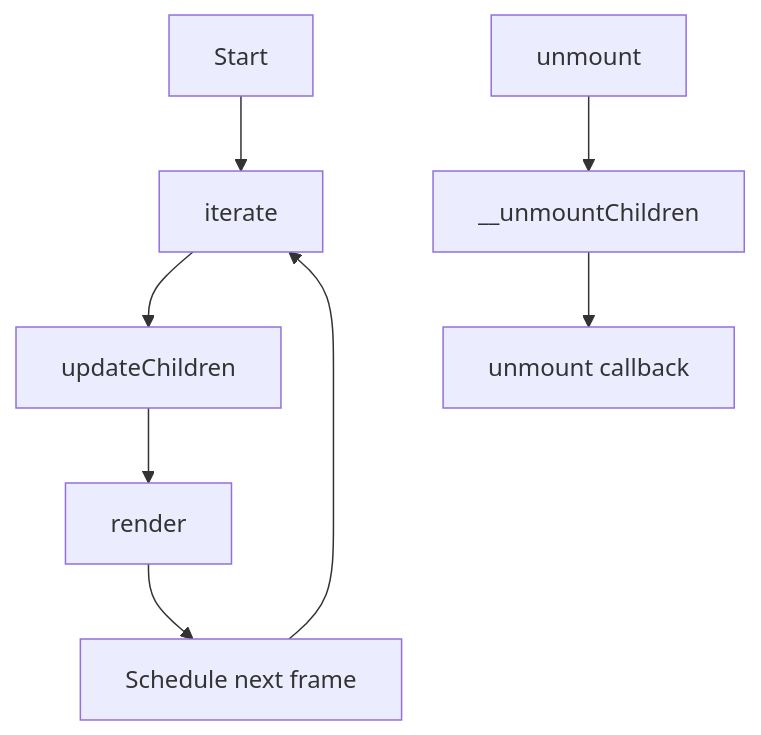
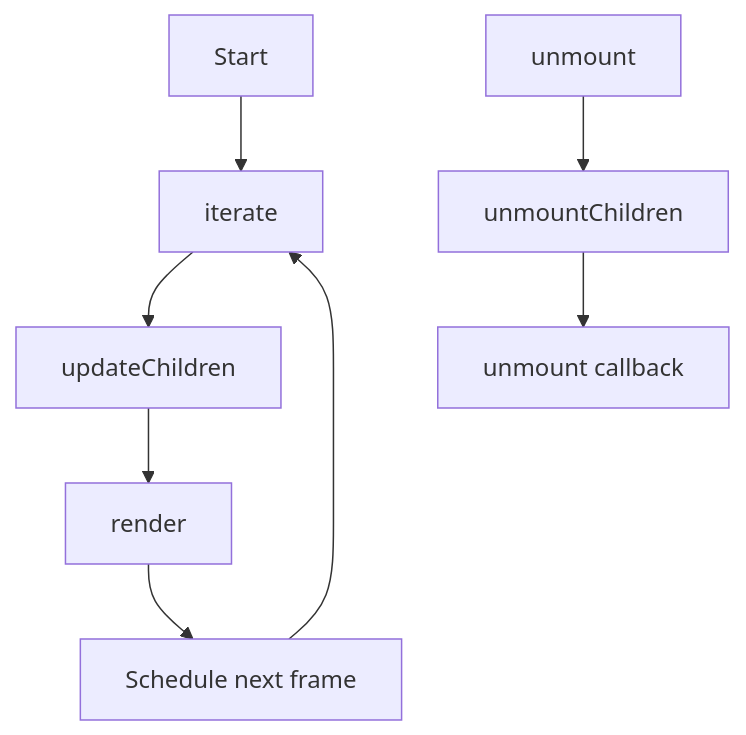
One commit to gravity-ui/graph changed the second of 6 diagrams in docs/system/component-lifecycle.md. Above: the diagram before and after it, drawn with Mermaid. The commit also changed other lines of this file and 31 other files, not shown here.

````diff
--- a/docs/system/component-lifecycle.md
+++ b/docs/system/component-lifecycle.md
@@ -24,11 +26,11 @@
 ```mermaid
 flowchart TD
     A[Start] --> B[iterate]
     B --> C[updateChildren]
     C --> D[render]
     D --> E[Schedule next frame]
     E --> B
     
-    F[unmount] --> G[__unmountChildren]
+    F[unmount] --> G[unmountChildren]
     G --> H[unmount callback]
 ```
````
